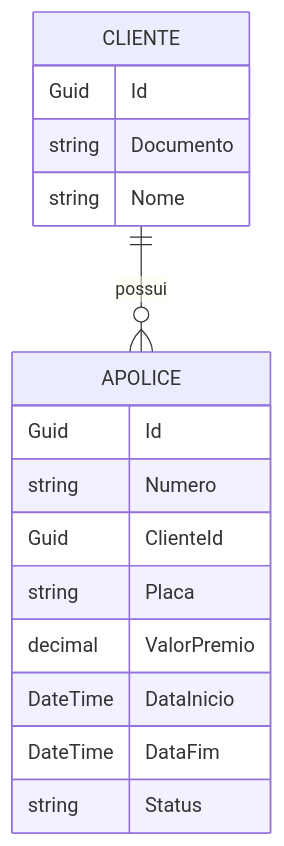
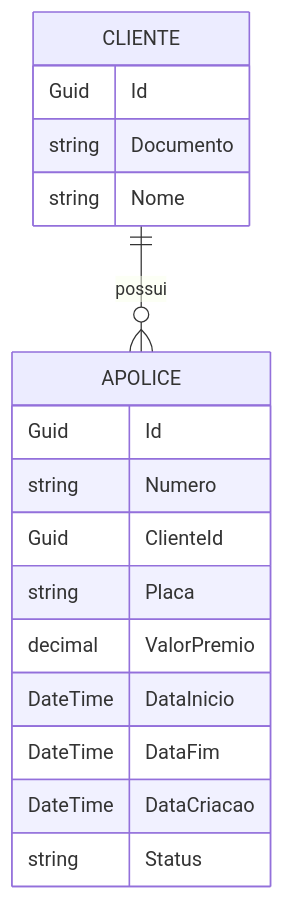
The diagram in README.md (gusteugenio/insurance-policy-manager), drawn with Mermaid before and after one commit. The commit also changed other lines of this file, not shown here.

````diff
--- a/README.md
+++ b/README.md
@@ -137,21 +138,22 @@
 ```mermaid
 erDiagram
     CLIENTE ||--o{ APOLICE : possui
 
     CLIENTE {
         Guid Id
         string Documento
         string Nome
     }
 
     APOLICE {
         Guid Id
         string Numero
         Guid ClienteId
         string Placa
         decimal ValorPremio
         DateTime DataInicio
         DateTime DataFim
+        DateTime DataCriacao
         string Status
     }
 ```
````
